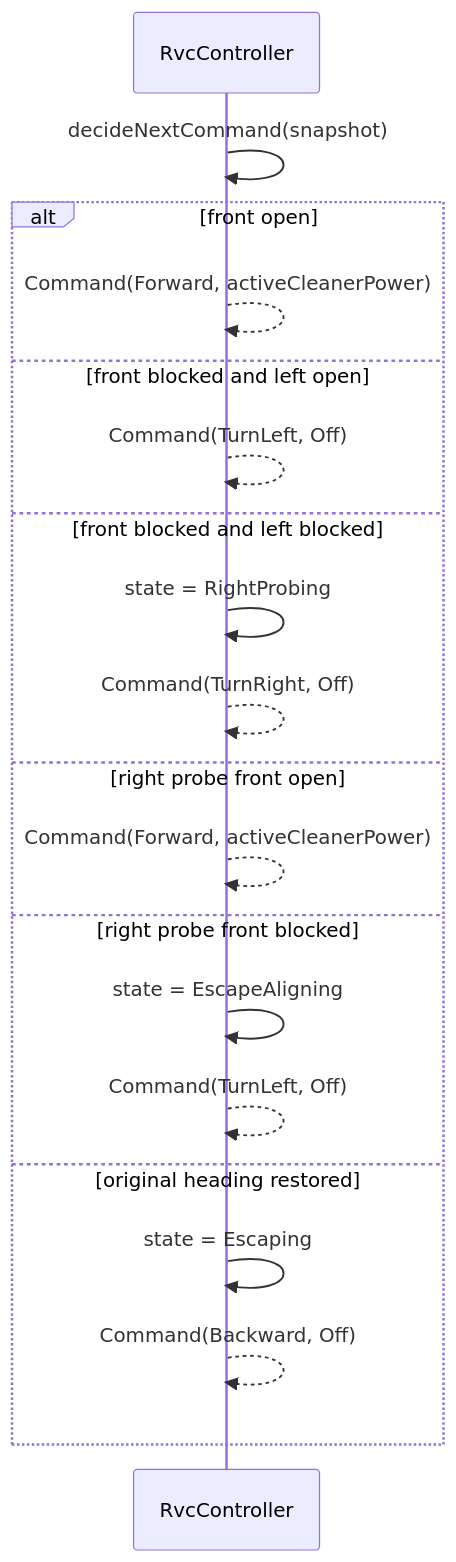
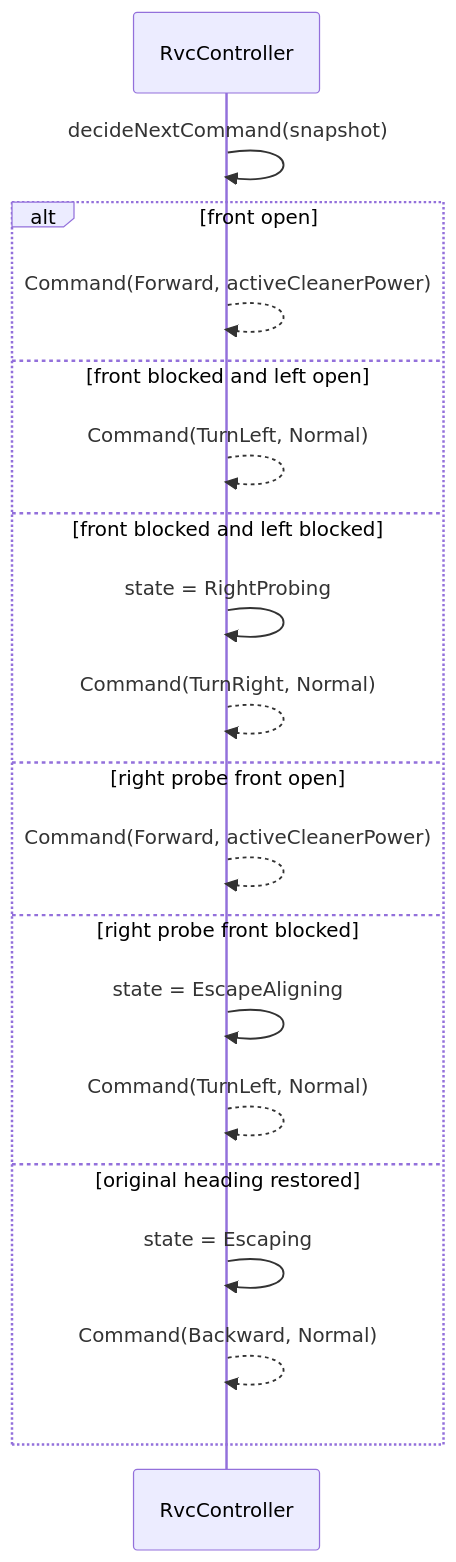
The fourth of 7 diagrams in docs/ood_sequence_diagrams.md (reload02/ooad-vibe), drawn with Mermaid before and after one commit. The commit also changed other lines of this file and 9 other files, not shown here.

````diff
--- a/docs/ood_sequence_diagrams.md
+++ b/docs/ood_sequence_diagrams.md
@@ -78,22 +83,22 @@
 ```mermaid
 sequenceDiagram
     participant Controller as RvcController
 
     Controller->>Controller: decideNextCommand(snapshot)
     alt front open
         Controller-->>Controller: Command(Forward, activeCleanerPower)
     else front blocked and left open
-        Controller-->>Controller: Command(TurnLeft, Off)
+        Controller-->>Controller: Command(TurnLeft, Normal)
     else front blocked and left blocked
         Controller->>Controller: state = RightProbing
-        Controller-->>Controller: Command(TurnRight, Off)
+        Controller-->>Controller: Command(TurnRight, Normal)
     else right probe front open
         Controller-->>Controller: Command(Forward, activeCleanerPower)
     else right probe front blocked
         Controller->>Controller: state = EscapeAligning
-        Controller-->>Controller: Command(TurnLeft, Off)
+        Controller-->>Controller: Command(TurnLeft, Normal)
     else original heading restored
         Controller->>Controller: state = Escaping
-        Controller-->>Controller: Command(Backward, Off)
+        Controller-->>Controller: Command(Backward, Normal)
     end
 ```
````
